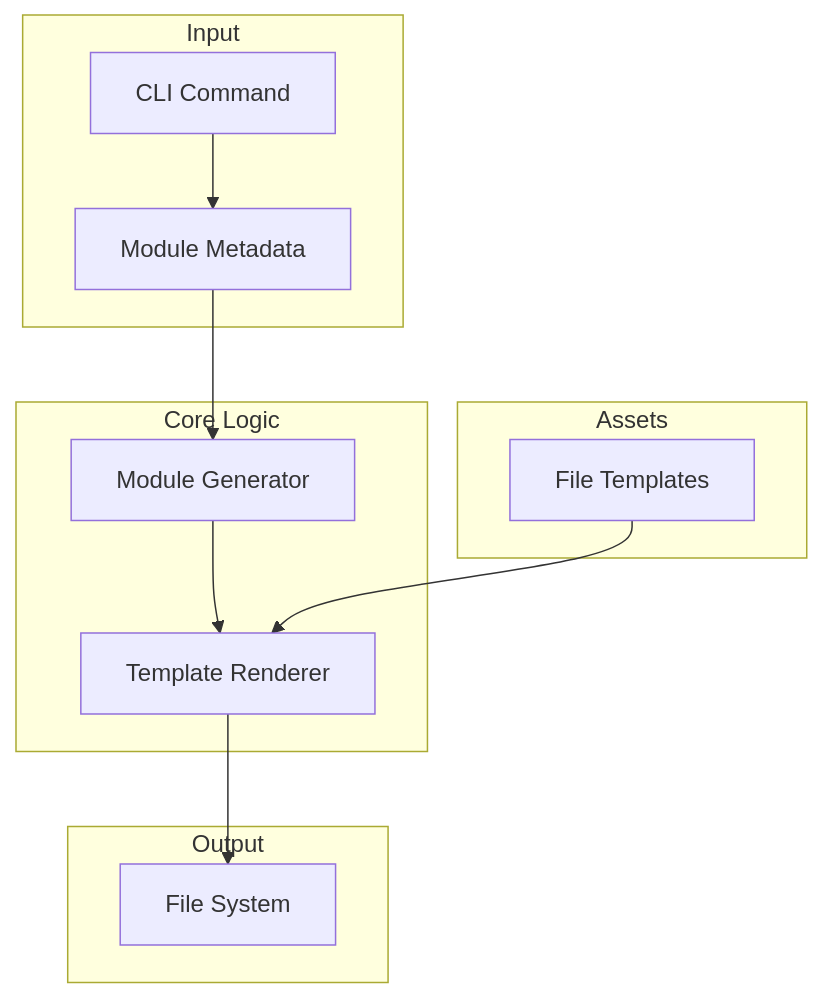
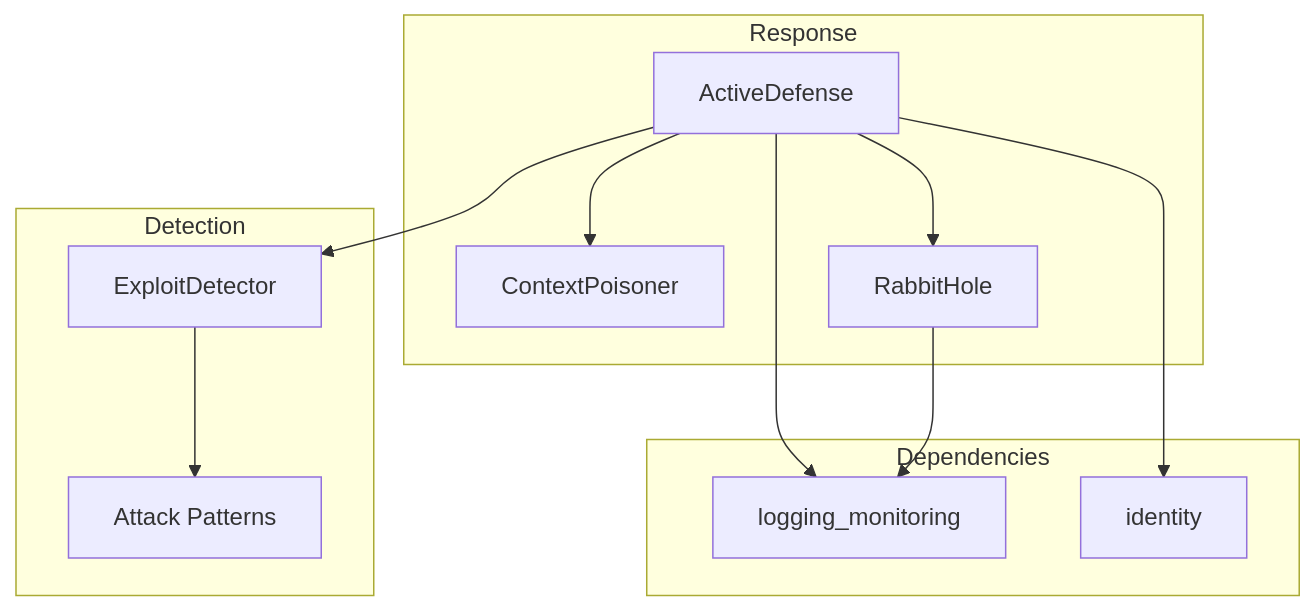
One commit to docxology/codomyrmex changed the diagram in src/codomyrmex/defense/SPEC.md. Above: the diagram before and after it, drawn with Mermaid. The commit also changed other lines of this file and 262 other files, not shown here.

````diff
--- a/src/codomyrmex/defense/SPEC.md
+++ b/src/codomyrmex/defense/SPEC.md
@@ -31,26 +49,26 @@
 ```mermaid
 graph TD
-    subgraph "Input"
-        CLI[CLI Command]
-        Config[Module Metadata]
+    subgraph "Detection"
+        ED[ExploitDetector]
+        Patterns[Attack Patterns]
     end
 
-    subgraph "Core Logic"
-        Generator[Module Generator]
-        Renderer[Template Renderer]
+    subgraph "Response"
+        AD[ActiveDefense]
+        CP[ContextPoisoner]
+        RH[RabbitHole]
     end
 
-    subgraph "Assets"
-        Templates[File Templates]
+    subgraph "Dependencies"
+        LOG[logging_monitoring]
+        ID[identity]
     end
 
-    subgraph "Output"
-        FS[File System]
-    end
-
-    CLI --> Config
-    Config --> Generator
-    Generator --> Renderer
-    Templates --> Renderer
-    Renderer --> FS
+    ED --> Patterns
+    AD --> ED
+    AD --> CP
+    AD --> RH
+    AD --> LOG
+    RH --> LOG
+    AD --> ID
 ```
````
